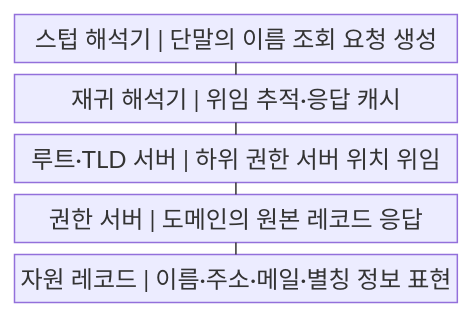
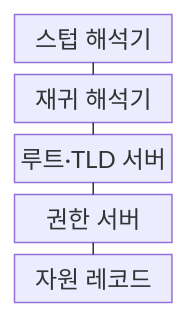
One commit to agnusdei1207/knowledge-base changed the first of 2 diagrams in src/content/docs/notes/04-network/008_dns_domain_name_system.md. Above: the diagram before and after it, drawn with Mermaid. The commit also changed other lines of this file and 122 other files, not shown here.

````diff
--- a/src/content/docs/notes/04-network/008_dns_domain_name_system.md
+++ b/src/content/docs/notes/04-network/008_dns_domain_name_system.md
@@ -60,13 +60,13 @@
 ```mermaid
-block
+block-beta
     columns 1
-    A["스텁 해석기 | 단말의 이름 조회 요청 생성"]
-    B["재귀 해석기 | 위임 추적·응답 캐시"]
-    C["루트·TLD 서버 | 하위 권한 서버 위치 위임"]
-    D["권한 서버 | 도메인의 원본 레코드 응답"]
-    E["자원 레코드 | 이름·주소·메일·별칭 정보 표현"]
+    A["스텁 해석기"]
+    B["재귀 해석기"]
+    C["루트·TLD 서버"]
+    D["권한 서버"]
+    E["자원 레코드"]
     A --- B
     B --- C
     C --- D
     D --- E
 ```
````
